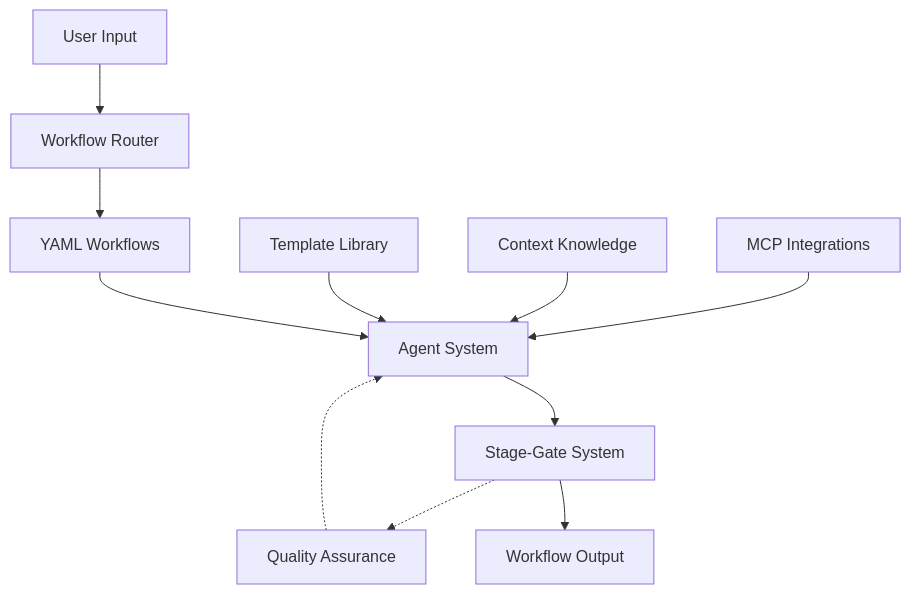
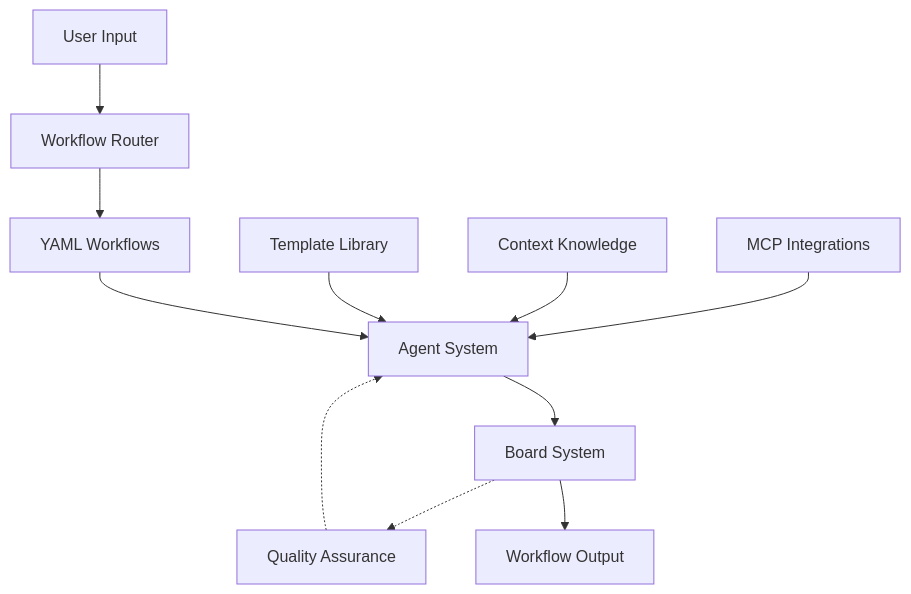
One commit to LerianStudio/ai-prompts changed the diagram in EXPLAIN.md. Above: the diagram before and after it, drawn with Mermaid. The commit also changed other lines of this file and 79 other files, not shown here.

First line of the commit message:
feat(claude): restructure project architecture with organized command system

````diff
--- a/EXPLAIN.md
+++ b/EXPLAIN.md
@@ -3,16 +3,16 @@
 ```mermaid
 flowchart TD
     USER[User Input] --> ROUTER[Workflow Router]
 
     ROUTER --> WFN[YAML Workflows]
     MCP[MCP Integrations] --> AGENTS[Agent System]
     CONTEXT[Context Knowledge] --> AGENTS
     TEMPLATES[Template Library] --> AGENTS
     WFN --> AGENTS
 
-    AGENTS --> STAGEGATE[Stage-Gate System]
-    STAGEGATE -.-> QA[Quality Assurance]
+    AGENTS --> BOARD[Board System]
+    BOARD -.-> QA[Quality Assurance]
     QA -.-> AGENTS
-    STAGEGATE --> OUTPUT[Workflow Output]
+    BOARD --> OUTPUT[Workflow Output]
 
 ```
````
